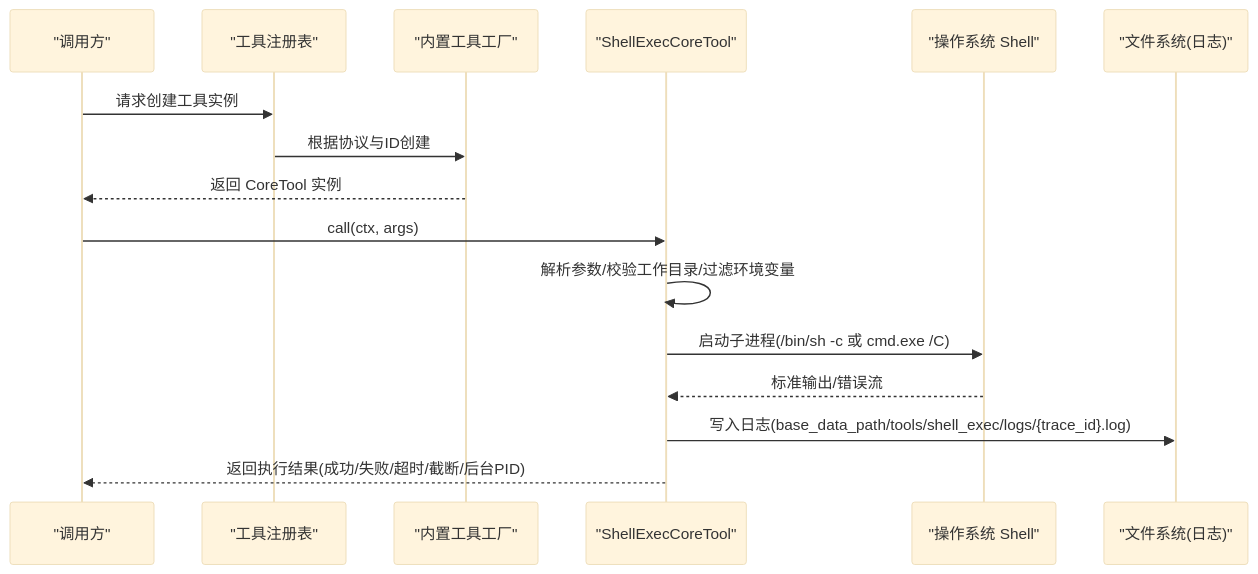
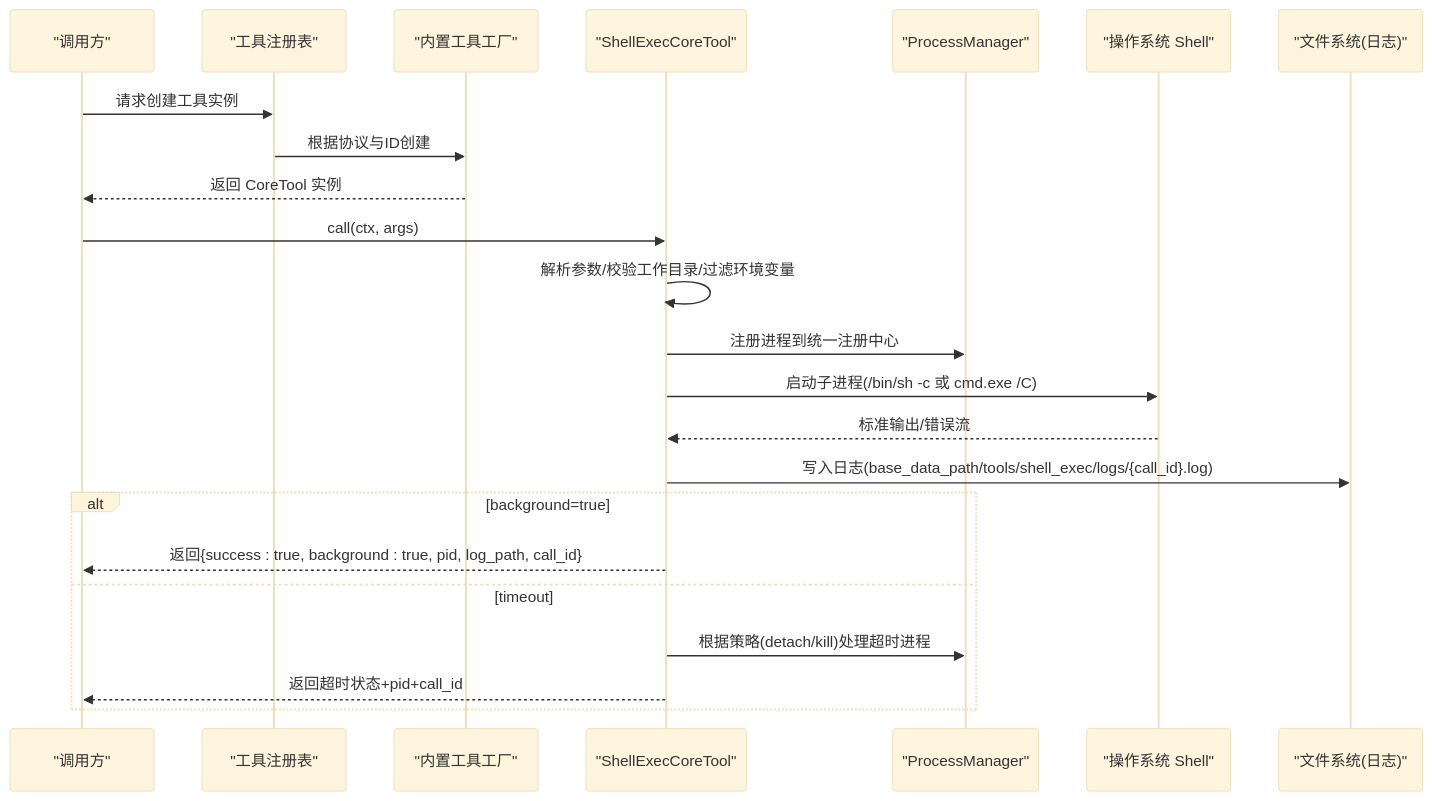
The second of 8 diagrams in .qoder/repowiki/zh/content/功能模块/工具生态系统/内置工具集/Shell 执行工具.md (runningcoders/ai_orz), drawn with Mermaid (base theme) before and after one commit. The commit also changed other lines of this file and 299 other files, not shown here.

````diff
--- a/.qoder/repowiki/zh/content/功能模块/工具生态系统/内置工具集/Shell 执行工具.md
+++ b/.qoder/repowiki/zh/content/功能模块/工具生态系统/内置工具集/Shell 执行工具.md
@@ -72,18 +102,25 @@
 ```mermaid
 sequenceDiagram
 participant Caller as "调用方"
 participant Registry as "工具注册表"
 participant Factory as "内置工具工厂"
 participant Tool as "ShellExecCoreTool"
+participant PM as "ProcessManager"
 participant OS as "操作系统 Shell"
 participant FS as "文件系统(日志)"
 Caller->>Registry : 请求创建工具实例
 Registry->>Factory : 根据协议与ID创建
 Factory-->>Caller : 返回 CoreTool 实例
 Caller->>Tool : call(ctx, args)
 Tool->>Tool : 解析参数/校验工作目录/过滤环境变量
+Tool->>PM : 注册进程到统一注册中心
 Tool->>OS : 启动子进程(/bin/sh -c 或 cmd.exe /C)
 OS-->>Tool : 标准输出/错误流
-Tool->>FS : 写入日志(base_data_path/tools/shell_exec/logs/{trace_id}.log)
-Tool-->>Caller : 返回执行结果(成功/失败/超时/截断/后台PID)
+Tool->>FS : 写入日志(base_data_path/tools/shell_exec/logs/{call_id}.log)
+alt background=true
+Tool-->>Caller : 返回{success : true, background : true, pid, log_path, call_id}
+else timeout
+Tool->>PM : 根据策略(detach/kill)处理超时进程
+Tool-->>Caller : 返回超时状态+pid+call_id
+end
 ```
````
